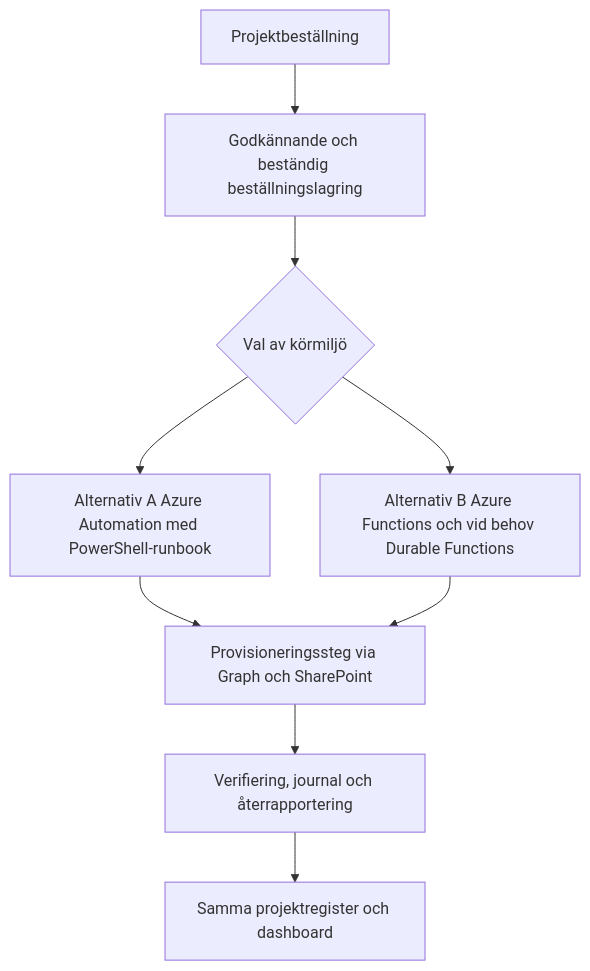
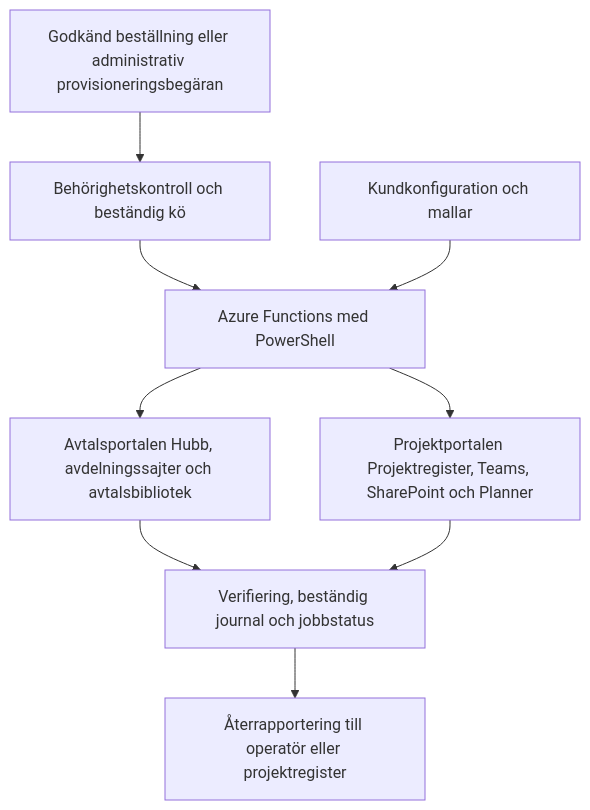
Before and after one commit to SebastianChristobal/microsoft-365-portfolio: the third of 3 diagrams in ARKITEKTUR.md, drawn with Mermaid. The commit also changed other lines of this file and 5 other files, not shown here.

Commit message:
Förtydliga Azure Functions för båda portalerna

````diff
--- a/ARKITEKTUR.md
+++ b/ARKITEKTUR.md
@@ -54,11 +56,11 @@
 ```mermaid
 flowchart TD
-    A["Projektbeställning"] --> B["Godkännande och beständig beställningslagring"]
-    B --> C{"Val av körmiljö"}
-    C --> D["Alternativ A Azure Automation med PowerShell-runbook"]
-    C --> E["Alternativ B Azure Functions och vid behov Durable Functions"]
-    D --> F["Provisioneringssteg via Graph och SharePoint"]
+    A["Godkänd beställning eller administrativ provisioneringsbegäran"] --> B["Behörighetskontroll och beständig kö"]
+    B --> C["Azure Functions med PowerShell"]
+    K["Kundkonfiguration och mallar"] --> C
+    C --> D["Avtalsportalen Hubb, avdelningssajter och avtalsbibliotek"]
+    C --> E["Projektportalen Projektregister, Teams, SharePoint och Planner"]
+    D --> F["Verifiering, beständig journal och jobbstatus"]
     E --> F
-    F --> G["Verifiering, journal och återrapportering"]
-    G --> H["Samma projektregister och dashboard"]
+    F --> G["Återrapportering till operatör eller projektregister"]
 ```
````
